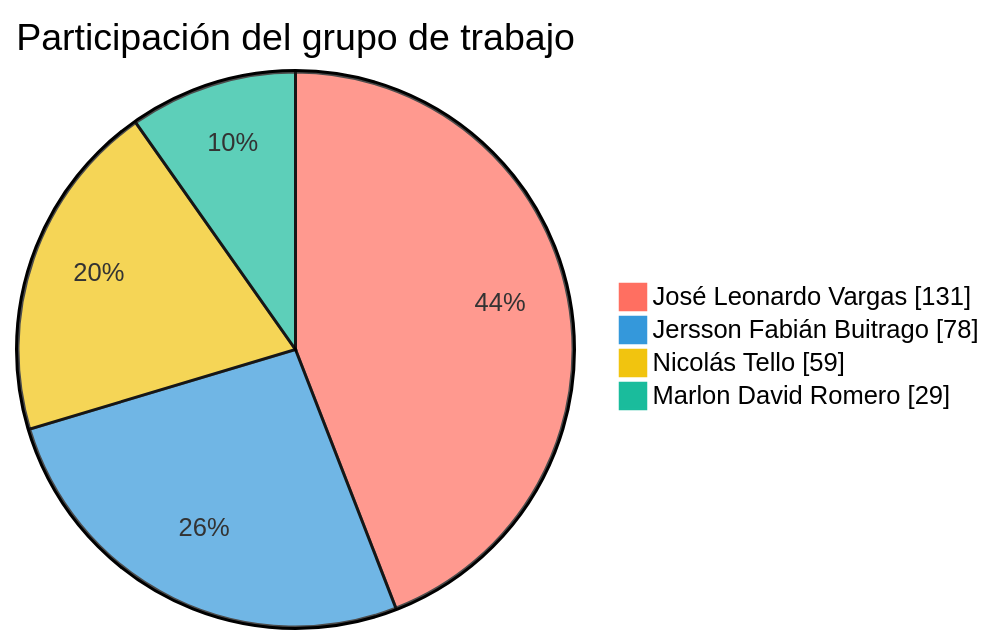
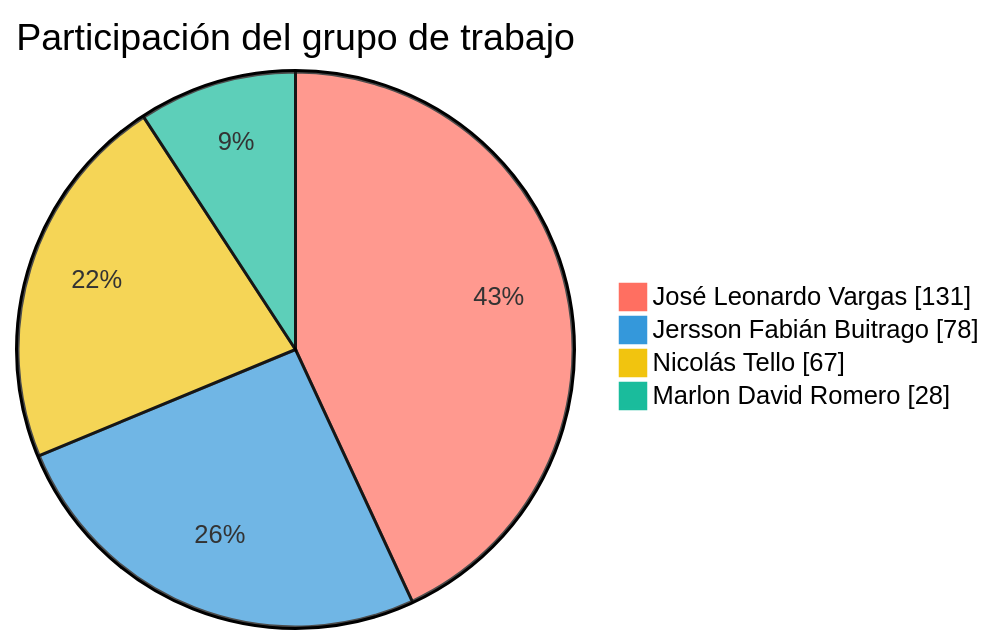
Before and after one commit to FarmaExpres/FarmaExpres: the first of 2 diagrams in README.md, drawn with Mermaid. The commit also changed other lines of this file and 1 other file, not shown here.

````diff
--- a/README.md
+++ b/README.md
@@ -389,9 +389,9 @@
 ```mermaid
 %%{init: {"themeVariables": {"pie1": "#ff6f61", "pie2": "#3498db", "pie3": "#f1c40f", "pie4": "#1abc9c", "pieLabelColor": "#000000", "pieLabelFontSize": "24px", "pieLabelFontWeight": "700"}}}%%
 pie showData
     title Participación del grupo de trabajo
     "José Leonardo Vargas" : 131
     "Jersson Fabián Buitrago" : 78
-    "Nicolás Tello" : 59
-    "Marlon David Romero" : 29
+    "Nicolás Tello" : 67
+    "Marlon David Romero" : 28
 ```
````
